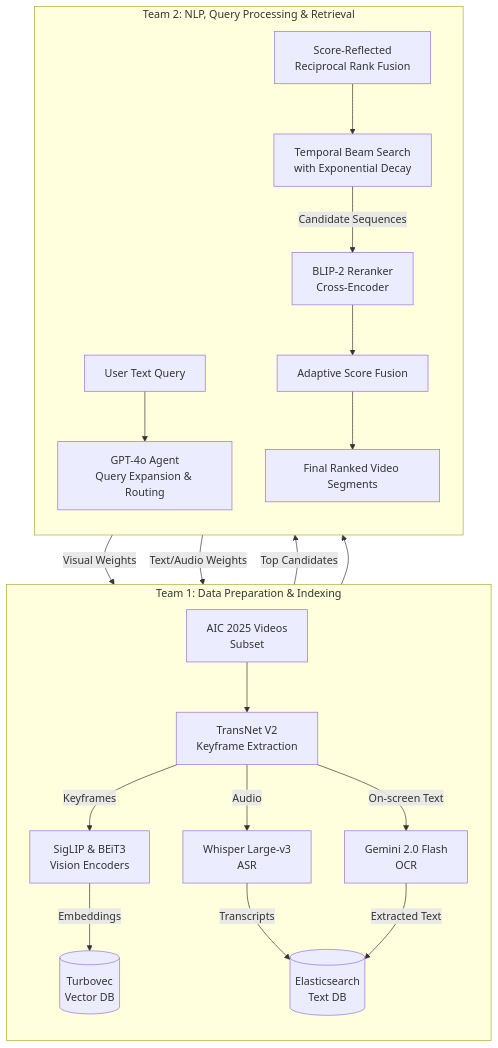
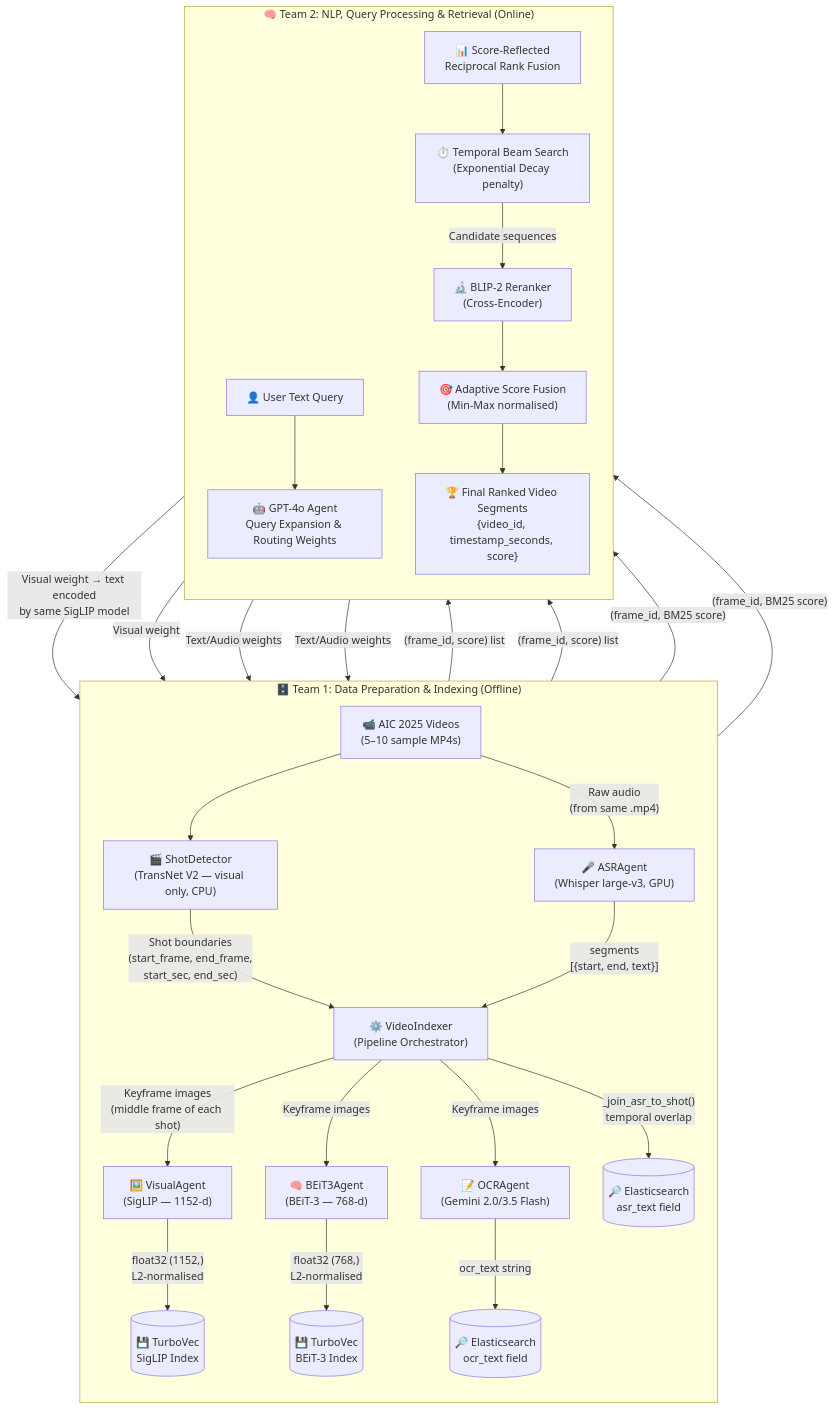
Before and after one commit to AIVIETNAM-AIO-herk30/AI_Challenge_2026: the diagram in docs/ARCHITECTURE.md, drawn with Mermaid. The commit also changed other lines of this file and 2 other files, not shown here.

Commit message:
docs: update architecture

````diff
--- a/docs/ARCHITECTURE.md
+++ b/docs/ARCHITECTURE.md
@@ -25,35 +66,55 @@
 ```mermaid
 flowchart TD
-    %% Team 1: Data Preparation (Offline)
-    subgraph Team 1 [Team 1: Data Preparation & Indexing]
+    %% ─────────────────────────────────────────────────────────
+    %% Team 1 — Offline Indexing
+    %% ─────────────────────────────────────────────────────────
+    subgraph Team1 ["🗄️ Team 1: Data Preparation & Indexing (Offline)"]
         direction TB
-        V[AIC 2025 Videos\nSubset] --> TE[TransNet V2\nKeyframe Extraction]
-        
-        TE -->|Keyframes| VE[SigLIP & BEiT3\nVision Encoders]
-        TE -->|Audio| ASR[Whisper Large-v3\nASR]
-        TE -->|On-screen Text| OCR[Gemini 2.0 Flash\nOCR]
-        
-        VE -->|Embeddings| Q[(Turbovec\nVector DB)]
-        ASR -->|Transcripts| ES[(Elasticsearch\nText DB)]
-        OCR -->|Extracted Text| ES
+
+        RAW["📹 AIC 2025 Videos\n(5–10 sample MP4s)"]
+
+        RAW --> SD["🎬 ShotDetector\n(TransNet V2 — visual only, CPU)"]
+        SD -->|"Shot boundaries\n(start_frame, end_frame,\nstart_sec, end_sec)"| VI["⚙️ VideoIndexer\n(Pipeline Orchestrator)"]
+
+        RAW -->|"Raw audio\n(from same .mp4)"| ASR["🎤 ASRAgent\n(Whisper large-v3, GPU)"]
+        ASR -->|"segments\n[{start, end, text}]"| VI
+
+        VI -->|"Keyframe images\n(middle frame of each shot)"| SigLIP["🖼️ VisualAgent\n(SigLIP — 1152-d)"]
+        VI -->|"Keyframe images"| BEiT3["🧠 BEiT3Agent\n(BEiT-3 — 768-d)"]
+        VI -->|"Keyframe images"| OCR["📝 OCRAgent\n(Gemini 2.0/3.5 Flash)"]
+
+        SigLIP -->|"float32 (1152,)\nL2-normalised"| TVS[("💾 TurboVec\nSigLIP Index")]
+        BEiT3  -->|"float32 (768,)\nL2-normalised"| TVB[("💾 TurboVec\nBEiT-3 Index")]
+
+        VI -->|"_join_asr_to_shot()\ntemporal overlap"| ESW[("🔎 Elasticsearch\nasr_text field")]
+        OCR -->|"ocr_text string"| ESO[("🔎 Elasticsearch\nocr_text field")]
     end
 
-    %% Team 2: NLP & Querying (Online)
-    subgraph Team 2 [Team 2: NLP, Query Processing & Retrieval]
+    %% ─────────────────────────────────────────────────────────
+    %% Team 2 — Online Retrieval (Phase 2 target state)
+    %% ─────────────────────────────────────────────────────────
+    subgraph Team2 ["🧠 Team 2: NLP, Query Processing & Retrieval (Online)"]
         direction TB
-        TQ[User Text Query] --> LLM[GPT-4o Agent\nQuery Expansion & Routing]
-        
-        LLM -->|Visual Weights| Q
-        LLM -->|Text/Audio Weights| ES
-        
-        Q -->|Top Candidates| SRRF[Score-Reflected\nReciprocal Rank Fusion]
-        ES --> SRRF
-        
-        SRRF --> TB_Math[Temporal Beam Search\nwith Exponential Decay]
-        
-        TB_Math -->|Candidate Sequences| R[BLIP-2 Reranker\nCross-Encoder]
-        
-        R --> ASF[Adaptive Score Fusion]
-        ASF --> Final[Final Ranked Video Segments]
+
+        TQ["👤 User Text Query"]
+
+        TQ --> LLM["🤖 GPT-4o Agent\nQuery Expansion & Routing Weights"]
+
+        LLM -->|"Visual weight → text encoded\nby same SigLIP model"| TVS
+        LLM -->|"Visual weight"| TVB
+        LLM -->|"Text/Audio weights"| ESW
+        LLM -->|"Text/Audio weights"| ESO
+
+        TVS -->|"(frame_id, score) list"| SRRF["📊 Score-Reflected\nReciprocal Rank Fusion"]
+        TVB -->|"(frame_id, score) list"| SRRF
+        ESW -->|"(frame_id, BM25 score)"| SRRF
+        ESO -->|"(frame_id, BM25 score)"| SRRF
+
+        SRRF --> TBS["⏱️ Temporal Beam Search\n(Exponential Decay penalty)"]
+
+        TBS -->|"Candidate sequences"| BLIP["🔬 BLIP-2 Reranker\n(Cross-Encoder)"]
+
+        BLIP --> ASF["🎯 Adaptive Score Fusion\n(Min-Max normalised)"]
+        ASF --> FINAL["🏆 Final Ranked Video Segments\n{video_id, timestamp_seconds, score}"]
     end
 ```
````
